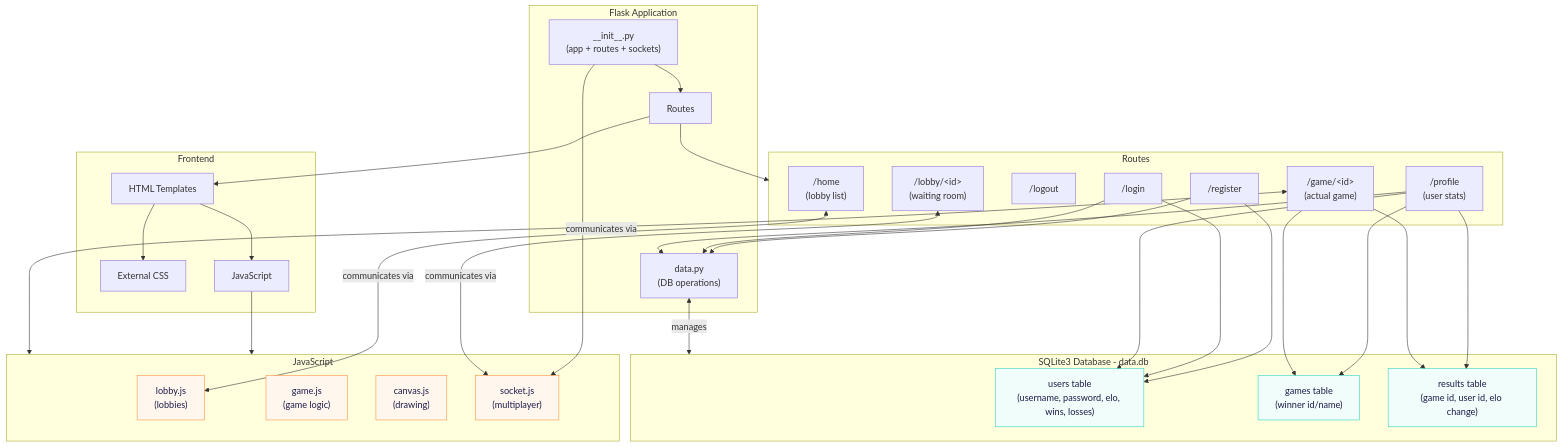
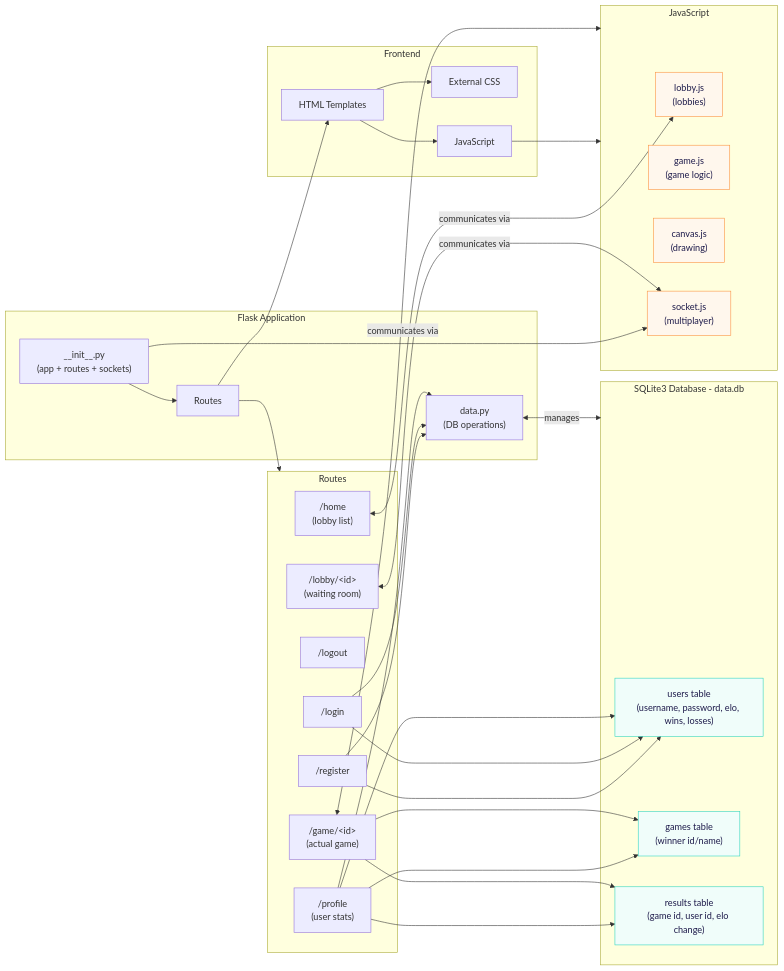
Before and after one commit to SadgeCat/CopyrightedArtist: the first of 2 diagrams in design.md, drawn with Mermaid.

Commit message:
upd design doc

````diff
--- a/design.md
+++ b/design.md
@@ -43,79 +43,79 @@
 ```mermaid
-flowchart TB
+flowchart LR
  subgraph FlaskApp["Flask Application"]
         Init["__init__.py<br>(app + routes + sockets)"]
         Routes["Routes"]
         DataPy["data.py<br>(DB operations)"]
   end
 
  subgraph RoutesDetail["Routes"]
         Register["/register"]
         Login["/login"]
         Logout["/logout"]
         Home["/home<br>(lobby list)"]
         Lobby["/lobby/&lt;id&gt;<br>(waiting room)"]
         Game["/game/&lt;id&gt;<br>(actual game)"]
         Profile["/profile<br>(user stats)"]
   end
 
  subgraph Database["SQLite3 Database - data.db"]
         UsersTable["users table<br>(username, password, elo, wins, losses)"]
         GamesTable["games table<br>(winner id/name)"]
         ResultsTable["results table<br>(game id, user id, elo change)"]
   end
 
  subgraph Frontend["Frontend"]
         HTML["HTML Templates"]
         CSS["External CSS"]
         JS["JavaScript"]
   end
 
  subgraph JSModules["JavaScript"]
         LobbyJS["lobby.js<br>(lobbies)"]
         GameJS["game.js<br>(game logic)"]
         CanvasJS["canvas.js<br>(drawing)"]
         SocketJS["socket.js<br>(multiplayer)"]
   end
 
     Init --> Routes
     Init --> SocketJS
 
     Routes --> RoutesDetail
 
     Register --> DataPy
     Register --> UsersTable
 
     Login --> DataPy
     Login --> UsersTable
 
     Profile --> DataPy
     Profile --> UsersTable
     Profile --> GamesTable
     Profile --> ResultsTable
 
     DataPy <-- manages --> Database
 
     Game --> GamesTable
     Game --> ResultsTable
 
     Routes --> HTML
     HTML --> CSS
     HTML --> JS
 
     JS --> JSModules
 
     Home <-- communicates via --> LobbyJS
     Lobby <-- communicates via --> SocketJS
     Game <-- communicates via --> JSModules
 
      UsersTable:::dbNode
      GamesTable:::dbNode
      ResultsTable:::dbNode
      LobbyJS:::jsNode
      GameJS:::jsNode
      CanvasJS:::jsNode
      SocketJS:::jsNode
 
     classDef dbNode stroke:#2dd4bf,fill:#f0fdfa,color:#1e1b4b
     classDef jsNode stroke:#fb923c,fill:#fff7ed,color:#1e1b4b
 ```
````
